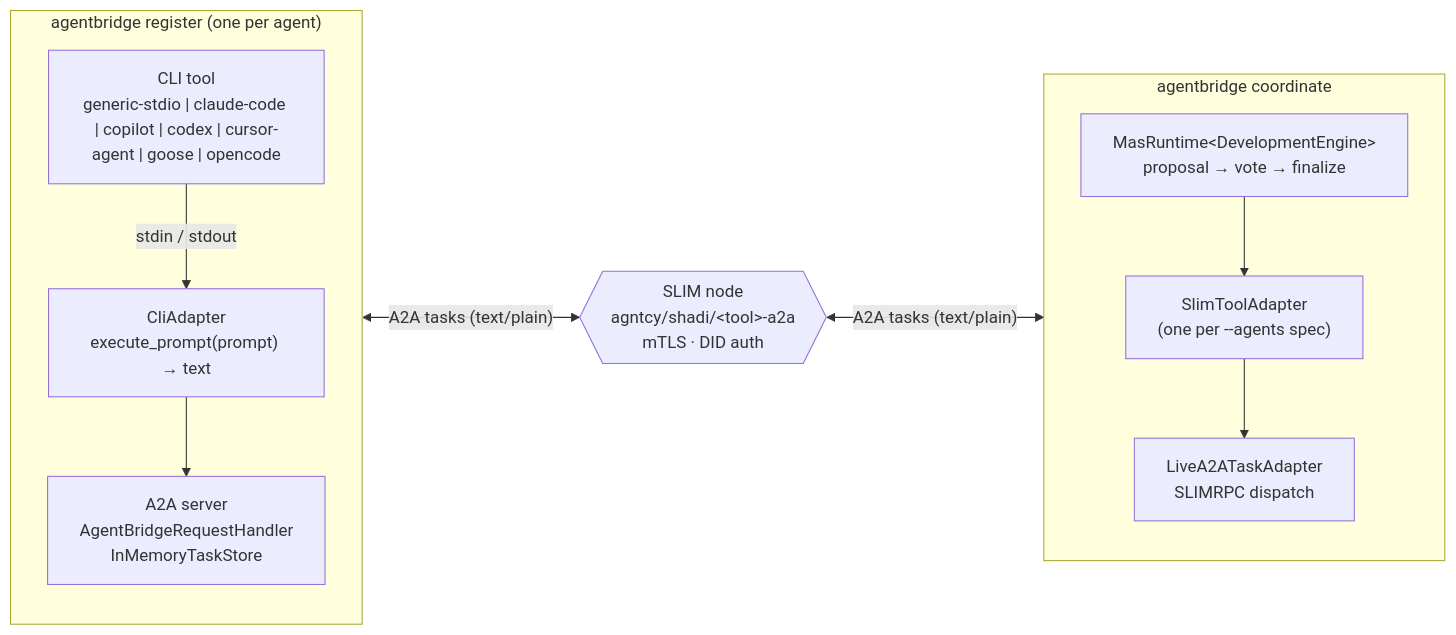
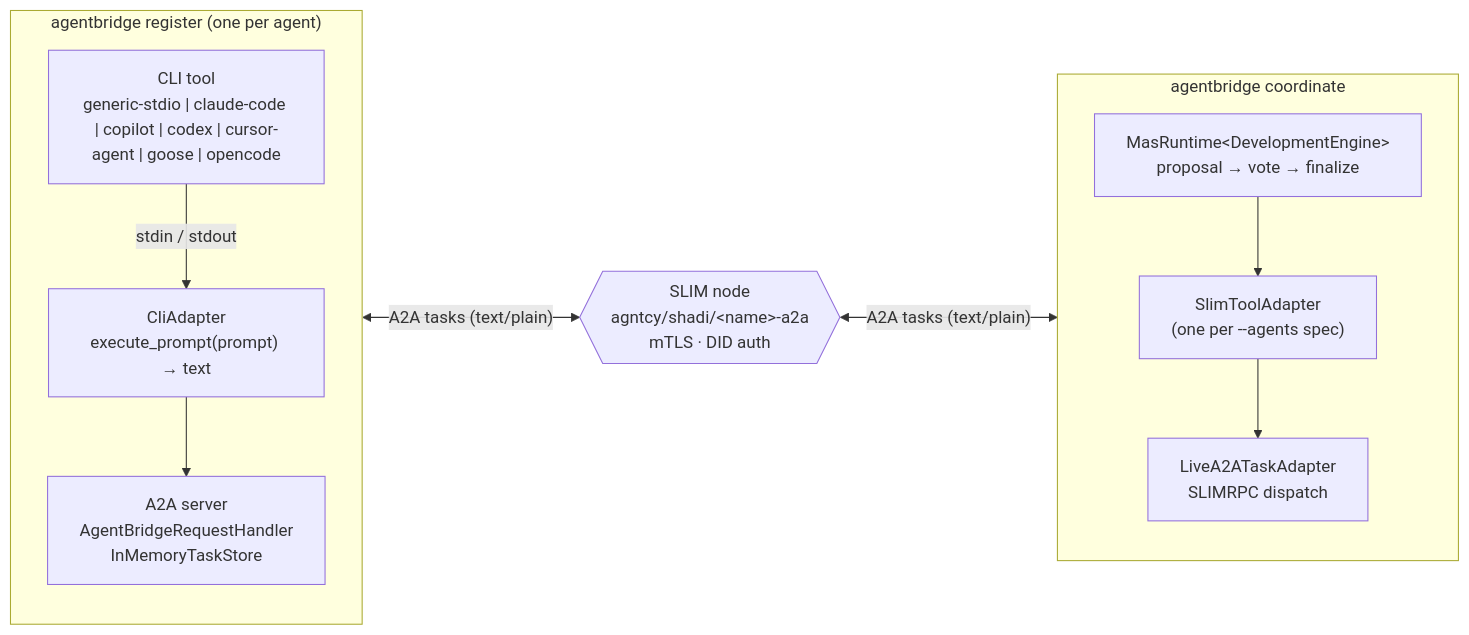
The first of 3 diagrams in docs/content/agentbridge.md (agntcy/shadi), drawn with Mermaid before and after one commit. The commit also changed other lines of this file and 1 other file, not shown here.

First line of the commit message:
docs(agentbridge): describe the SLIM name of record and --name agents

````diff
--- a/docs/content/agentbridge.md
+++ b/docs/content/agentbridge.md
@@ -70,23 +70,23 @@
 ```mermaid
 flowchart LR
   subgraph reg["agentbridge register  (one per agent)"]
     direction TB
     tool["CLI tool\ngeneric-stdio | claude-code | copilot | codex | cursor-agent | goose | opencode"]
     ca["CliAdapter\nexecute_prompt(prompt) → text"]
     srv["A2A server\nAgentBridgeRequestHandler\nInMemoryTaskStore"]
     tool -- "stdin / stdout" --> ca --> srv
   end
 
-  slim{{"SLIM node\nagntcy/shadi/&lt;tool&gt;-a2a\nmTLS · DID auth"}}
+  slim{{"SLIM node\nagntcy/shadi/&lt;name&gt;-a2a\nmTLS · DID auth"}}
 
   subgraph coord["agentbridge coordinate"]
     direction TB
     mas["MasRuntime&lt;DevelopmentEngine&gt;\nproposal → vote → finalize"]
     sta["SlimToolAdapter\n(one per --agents spec)"]
     laa["LiveA2ATaskAdapter\nSLIMRPC dispatch"]
     mas --> sta --> laa
   end
 
   srv <-- "A2A tasks  (text/plain)" --> slim
   slim <-- "A2A tasks  (text/plain)" --> laa
 ```
````
